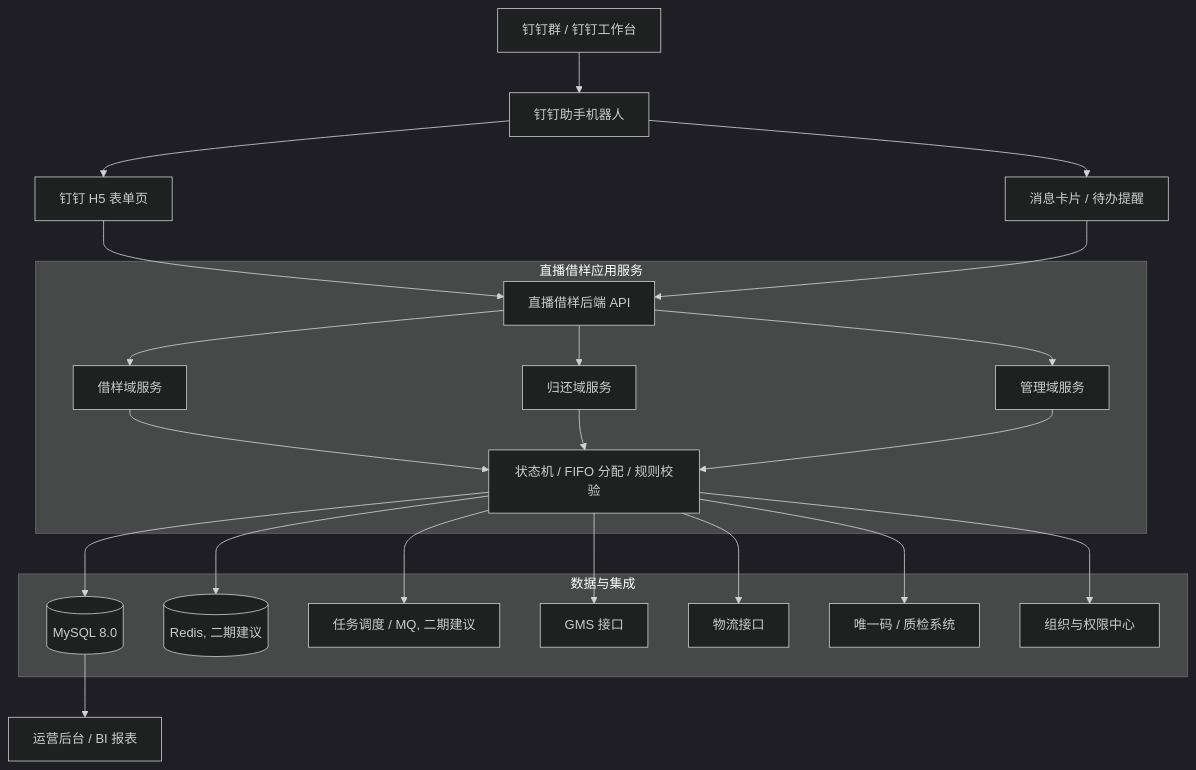
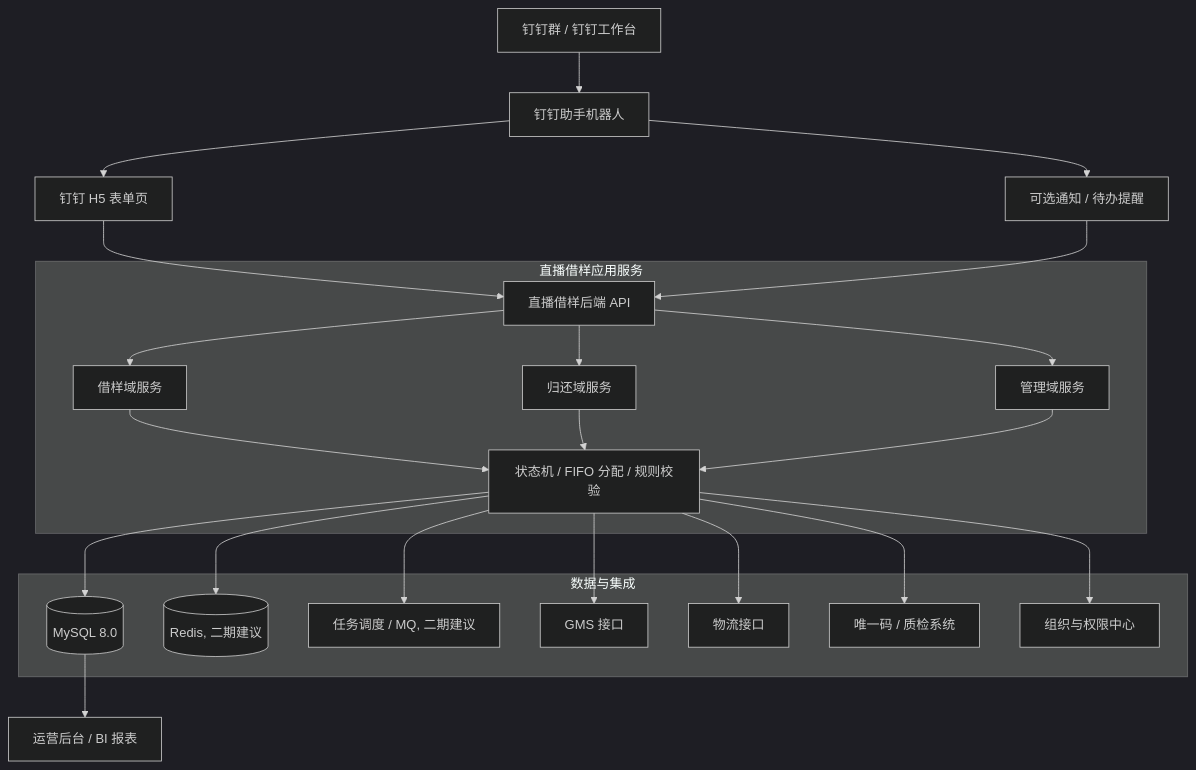
The first of 6 diagrams in docs/architecture/implementation.md (YCFgit/liveBorrowSample), drawn with Mermaid (dark theme) before and after one commit. The commit also changed 6 other files, not shown here.

````diff
--- a/docs/architecture/implementation.md
+++ b/docs/architecture/implementation.md
@@ -17,29 +17,29 @@
 ```mermaid
 flowchart TB
     A[钉钉群 / 钉钉工作台] --> B[钉钉助手机器人]
     B --> C[钉钉 H5 表单页]
-    B --> D[消息卡片 / 待办提醒]
+    B --> D[可选通知 / 待办提醒]
     C --> E[直播借样后端 API]
     D --> E
 
     subgraph APP[直播借样应用服务]
         E --> F[借样域服务]
         E --> G[归还域服务]
         E --> H[管理域服务]
         F --> I[状态机 / FIFO 分配 / 规则校验]
         G --> I
         H --> I
     end
 
     subgraph DATA[数据与集成]
         I --> J[(MySQL 8.0)]
         I --> K[(Redis, 二期建议)]
         I --> L[任务调度 / MQ, 二期建议]
         I --> M[GMS 接口]
         I --> N[物流接口]
         I --> O[唯一码 / 质检系统]
         I --> P[组织与权限中心]
     end
 
     J --> Q[运营后台 / BI 报表]
 ```
````
